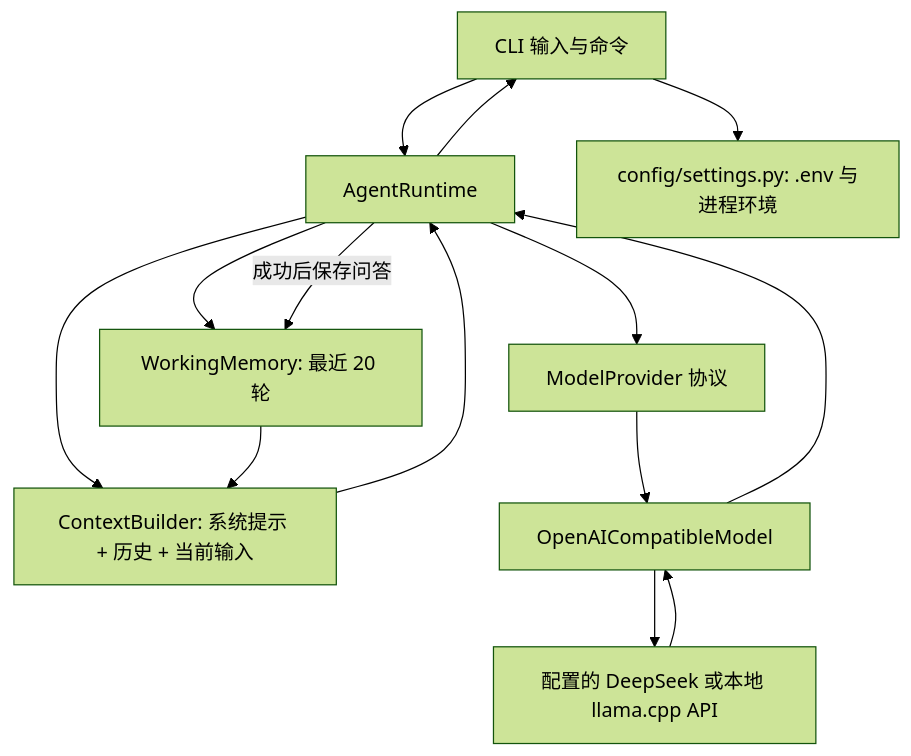
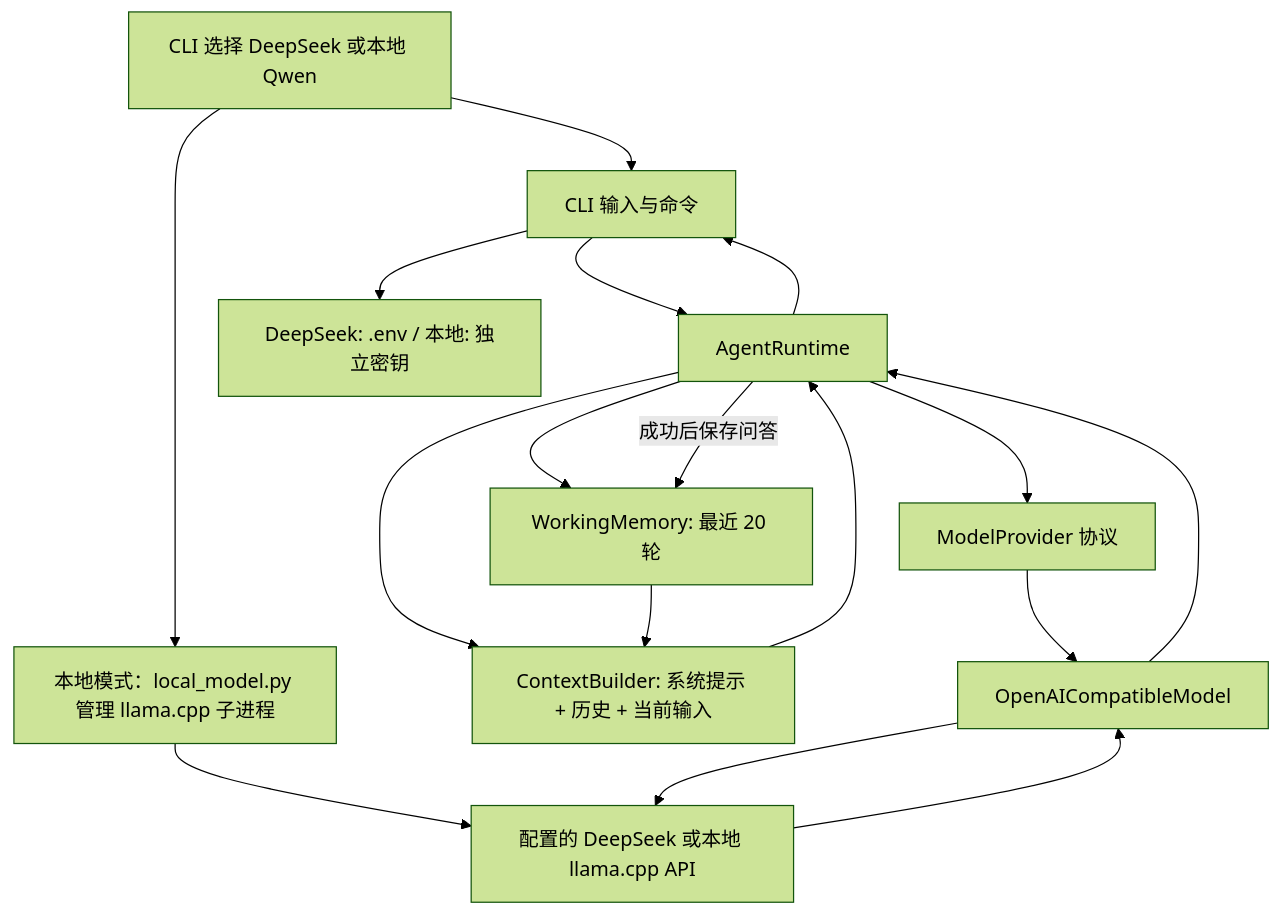
The first of 2 diagrams in docs/architecture.md (LeveLyume/persistent-agent), drawn with Mermaid (forest theme) before and after one commit. The commit also changed other lines of this file and 8 other files, not shown here.

````diff
--- a/docs/architecture.md
+++ b/docs/architecture.md
@@ -28,15 +28,18 @@
 ```mermaid
 flowchart TD
-  CLI["CLI 输入与命令"] --> RT["AgentRuntime"]
-  CLI --> CFG["config/settings.py: .env 与进程环境"]
+  SELECT["CLI 选择 DeepSeek 或本地 Qwen"] --> CLI["CLI 输入与命令"]
+  CLI --> RT["AgentRuntime"]
+  CLI --> CFG["DeepSeek: .env / 本地: 独立密钥"]
+  SELECT --> LOCAL["本地模式：local_model.py 管理 llama.cpp 子进程"]
+  LOCAL --> API
   RT --> WM["WorkingMemory: 最近 20 轮"]
   RT --> CB["ContextBuilder: 系统提示 + 历史 + 当前输入"]
   WM --> CB
   CB --> RT
   RT --> MP["ModelProvider 协议"]
   MP --> OA["OpenAICompatibleModel"]
   OA --> API["配置的 DeepSeek 或本地 llama.cpp API"]
   API --> OA --> RT
   RT -- "成功后保存问答" --> WM
   RT --> CLI
 ```
````
